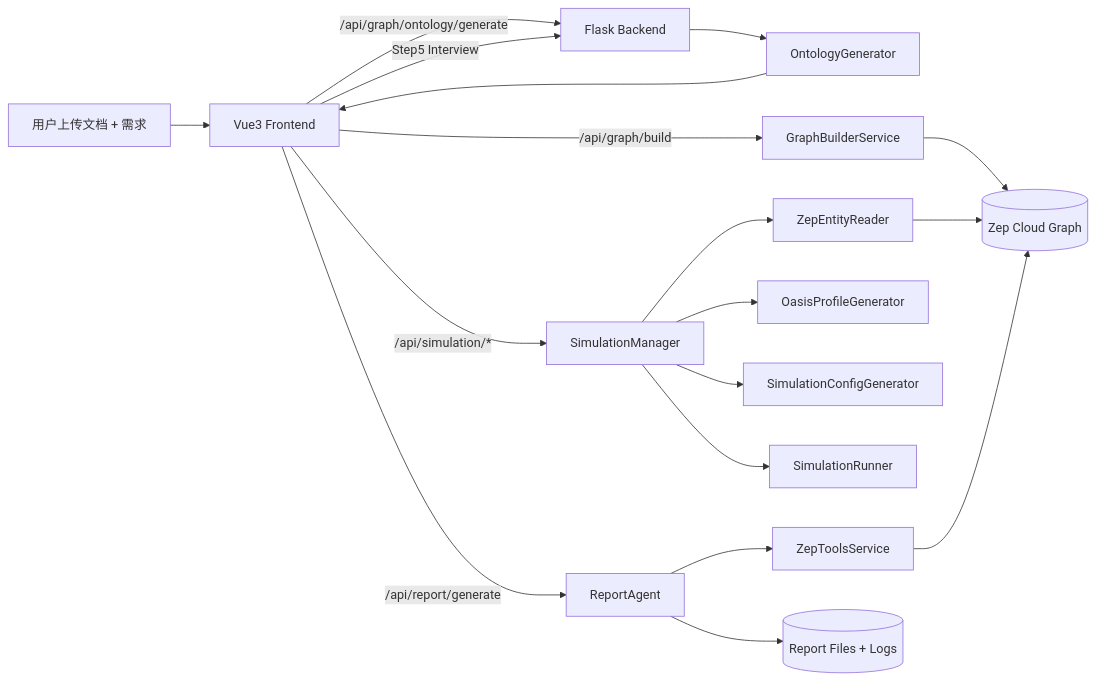
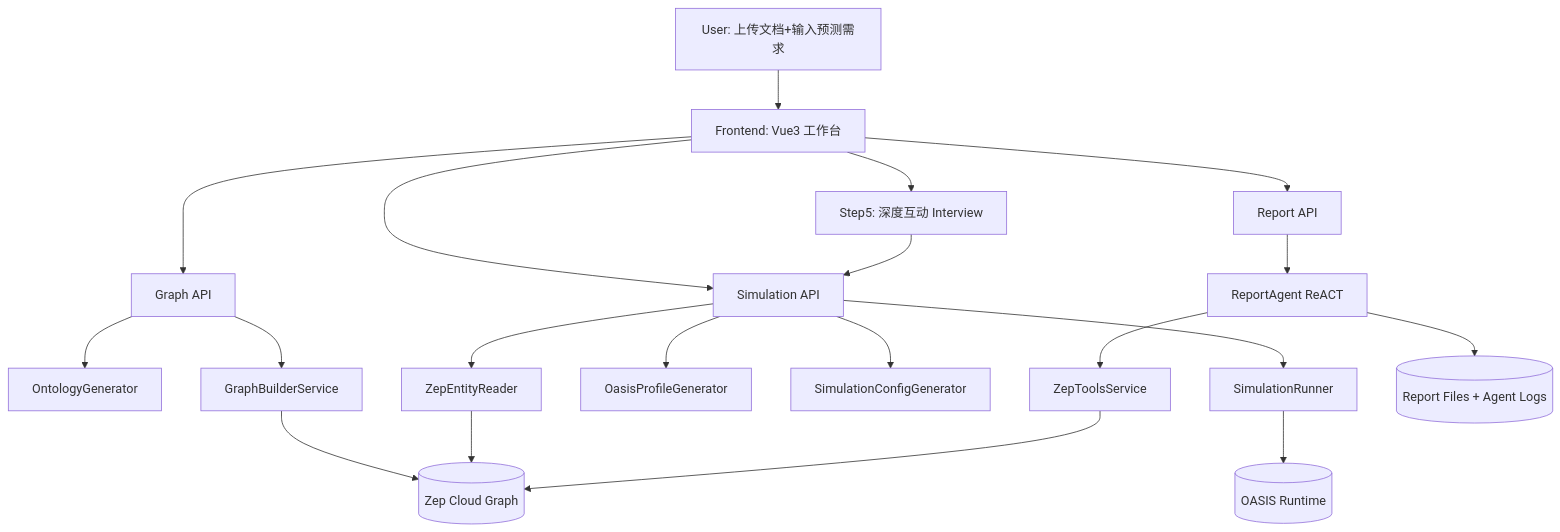
One commit to goldzzmj/AI_learning_materials changed the first of 2 diagrams in 课程十_MiroFish/MiroFish技术深度解析.md. Above: the diagram before and after it, drawn with Mermaid. The commit also changed other lines of this file, not shown here.

Commit message:
docs: enhance 课程十 MiroFish with architecture and code deep dive

````diff
--- a/课程十_MiroFish/MiroFish技术深度解析.md
+++ b/课程十_MiroFish/MiroFish技术深度解析.md
@@ -25,24 +47,26 @@
 ```mermaid
-flowchart LR
-    U[用户上传文档 + 需求] --> FE[Vue3 Frontend]
-    FE -->|/api/graph/ontology/generate| BE[Flask Backend]
-    BE --> OG[OntologyGenerator]
-    OG --> FE
+flowchart TB
+    U[User: 上传文档+输入预测需求] --> FE[Frontend: Vue3 工作台]
 
-    FE -->|/api/graph/build| GB[GraphBuilderService]
-    GB --> ZEP[(Zep Cloud Graph)]
+    FE --> G1[Graph API]
+    G1 --> G2[OntologyGenerator]
+    G1 --> G3[GraphBuilderService]
+    G3 --> Z[(Zep Cloud Graph)]
 
-    FE -->|/api/simulation/*| SM[SimulationManager]
-    SM --> ZER[ZepEntityReader]
-    ZER --> ZEP
-    SM --> OPG[OasisProfileGenerator]
-    SM --> SCG[SimulationConfigGenerator]
-    SM --> RUN[SimulationRunner]
+    FE --> S1[Simulation API]
+    S1 --> S2[ZepEntityReader]
+    S1 --> S3[OasisProfileGenerator]
+    S1 --> S4[SimulationConfigGenerator]
+    S1 --> S5[SimulationRunner]
+    S2 --> Z
+    S5 --> O[(OASIS Runtime)]
 
-    FE -->|/api/report/generate| RA[ReportAgent]
-    RA --> ZT[ZepToolsService]
-    ZT --> ZEP
-    RA --> RP[(Report Files + Logs)]
+    FE --> R1[Report API]
+    R1 --> R2[ReportAgent ReACT]
+    R2 --> R3[ZepToolsService]
+    R3 --> Z
+    R2 --> F[(Report Files + Agent Logs)]
 
-    FE -->|Step5 Interview| BE
+    FE --> I[Step5: 深度互动 Interview]
+    I --> S1
 ```
````
